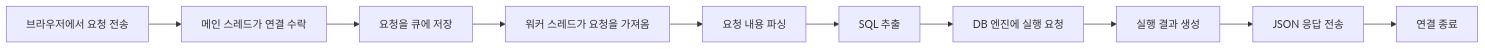
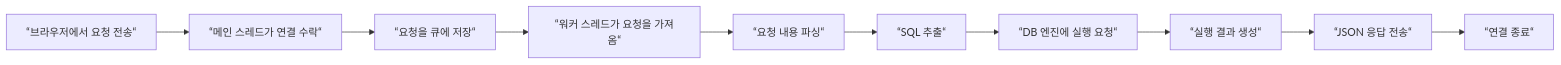
The diagram in README.md (devhyun05/group3-mini-dbms-API-server), drawn with Mermaid before and after one commit.

````diff
--- a/README.md
+++ b/README.md
@@ -24,12 +24,12 @@
 ```mermaid
 flowchart LR
-    A["브라우저에서 요청 전송"] --> B["메인 스레드가 연결 수락"]
-    B --> C["요청을 큐에 저장"]
-    C --> D["워커 스레드가 요청을 가져옴"]
-    D --> E["요청 내용 파싱"]
-    E --> F["SQL 추출"]
-    F --> G["DB 엔진에 실행 요청"]
-    G --> H["실행 결과 생성"]
-    H --> I["JSON 응답 전송"]
-    I --> J["연결 종료"]
+    A[“브라우저에서 요청 전송“] --> B[“메인 스레드가 연결 수락“]
+    B --> C[“요청을 큐에 저장“]
+    C --> D[“워커 스레드가 요청을 가져옴“]
+    D --> E[“요청 내용 파싱“]
+    E --> F[“SQL 추출“]
+    F --> G[“DB 엔진에 실행 요청“]
+    G --> H[“실행 결과 생성“]
+    H --> I[“JSON 응답 전송“]
+    I --> J[“연결 종료“]
 ```
````
